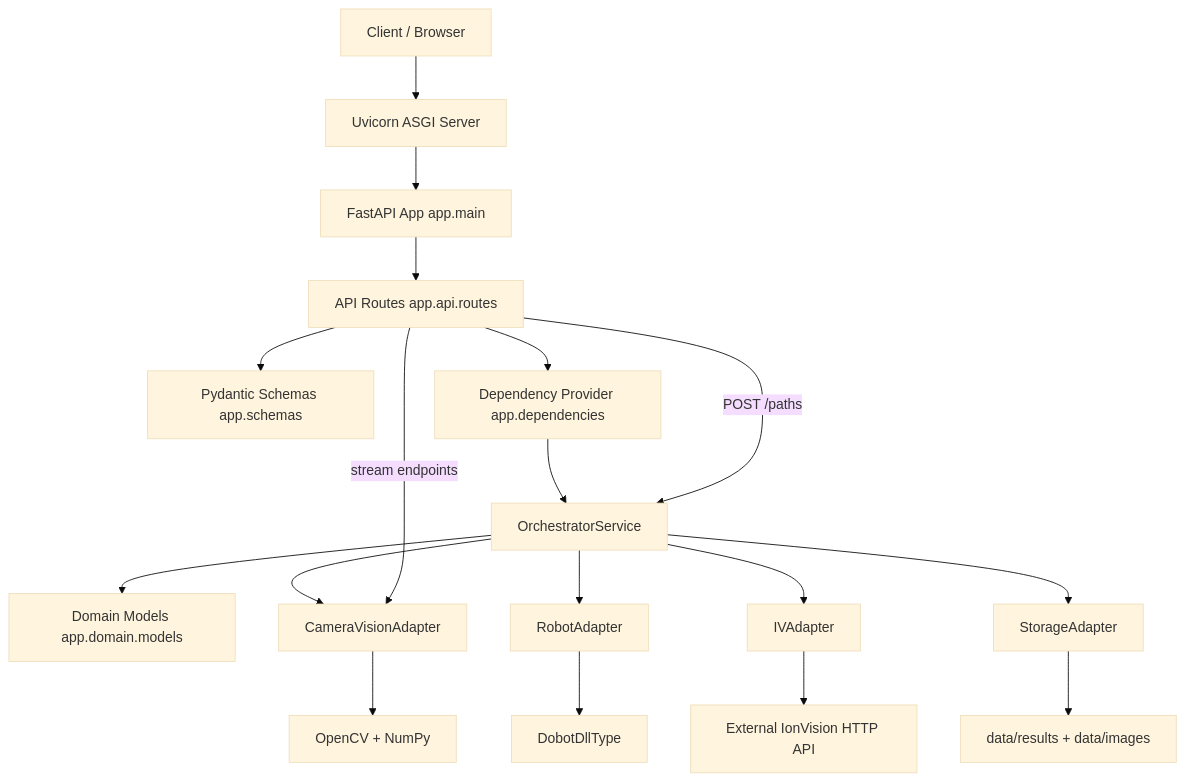
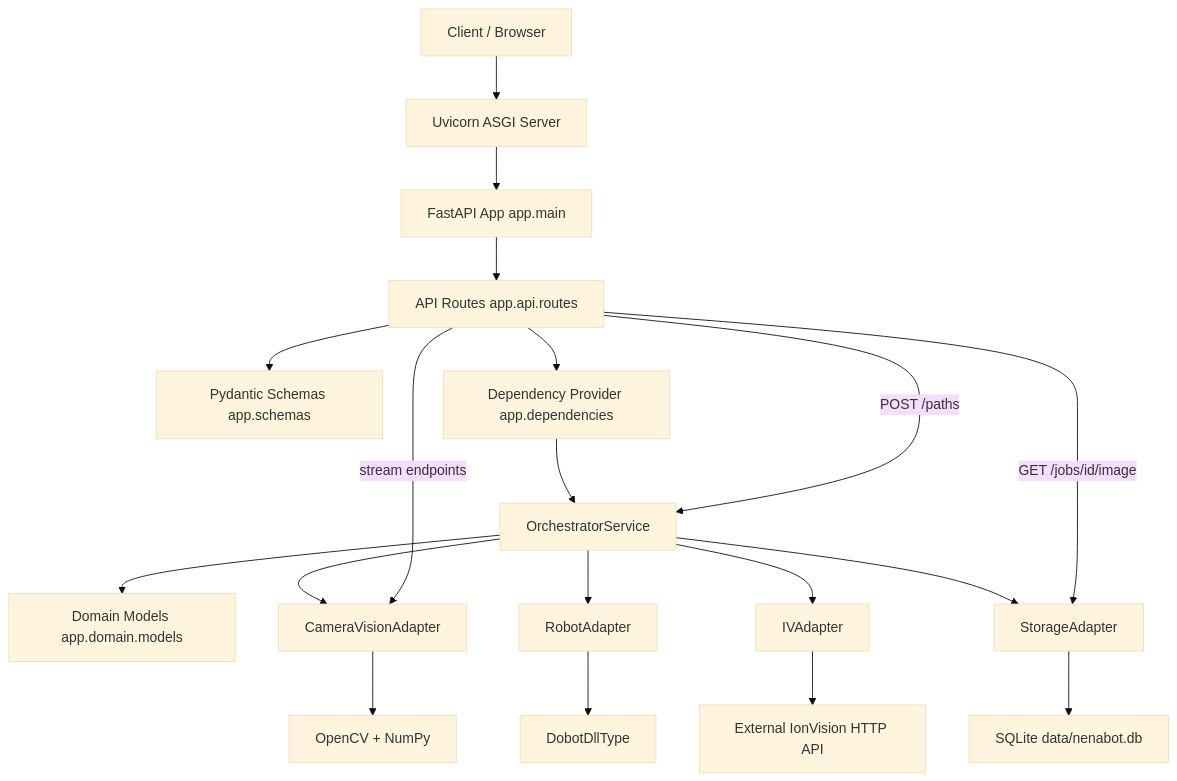
Before and after one commit to NenaBot/nenabot-backend: the diagram in docs/architecture-overview.md, drawn with Mermaid (base theme). The commit also changed other lines of this file and 17 other files, not shown here.

````diff
--- a/docs/architecture-overview.md
+++ b/docs/architecture-overview.md
@@ -87,24 +99,25 @@
 ```mermaid
 graph TD
     Client[Client / Browser] --> Uvicorn[Uvicorn ASGI Server]
     Uvicorn --> App[FastAPI App app.main]
     App --> Routes[API Routes app.api.routes]
 
     Routes --> Schemas[Pydantic Schemas app.schemas]
     Routes --> DI[Dependency Provider app.dependencies]
     DI --> Service[OrchestratorService]
 
     Service --> Domain[Domain Models app.domain.models]
     Service --> Camera[CameraVisionAdapter]
     Service --> Robot[RobotAdapter]
     Service --> IV[IVAdapter]
     Service --> Storage[StorageAdapter]
 
     Camera --> OpenCV[OpenCV + NumPy]
     Robot --> Dobot[DobotDllType]
     IV --> IVAPI[External IonVision HTTP API]
-    Storage --> Filesystem[data/results + data/images]
+    Storage --> SQLite[SQLite data/nenabot.db]
 
     Routes -->|stream endpoints| Camera
     Routes -->|POST /paths| Service
+    Routes -->|GET /jobs/id/image| Storage
 ```
````
